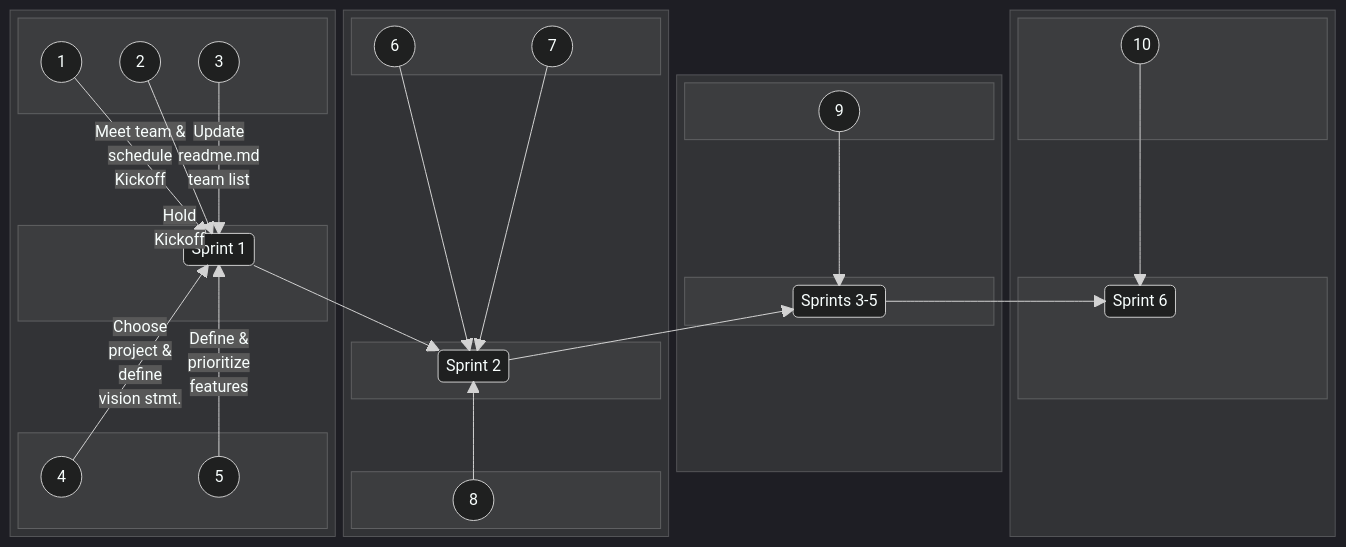
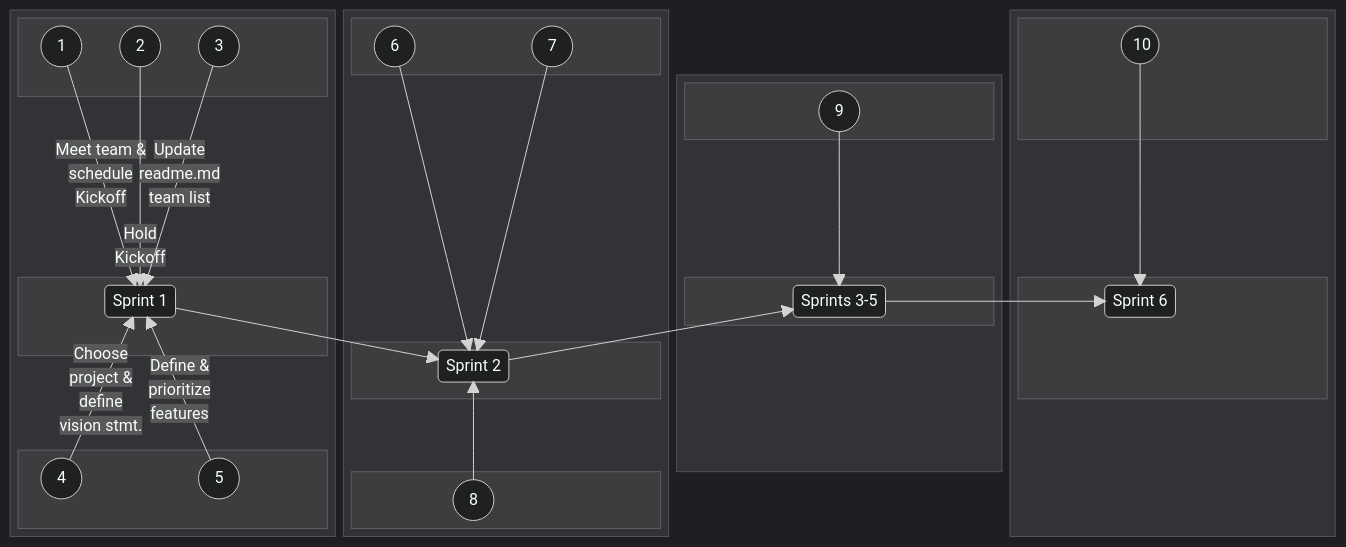
The second of 2 diagrams in README.md (jdmedlock/mermaid_testing), drawn with Mermaid before and after one commit.

Commit message:
Feature: Experiment with horizontal block diagram layout

```diff
--- a/README.md
+++ b/README.md
@@ -108,9 +108,9 @@
         A3(("&nbsp;&nbsp; 3 &nbsp;&nbsp;"))
       end
       space
+      space
       block:B1CENTER
         columns 3
-        space
         space
         SPRINT1("&nbsp;Sprint 1&nbsp;")
         space
```
